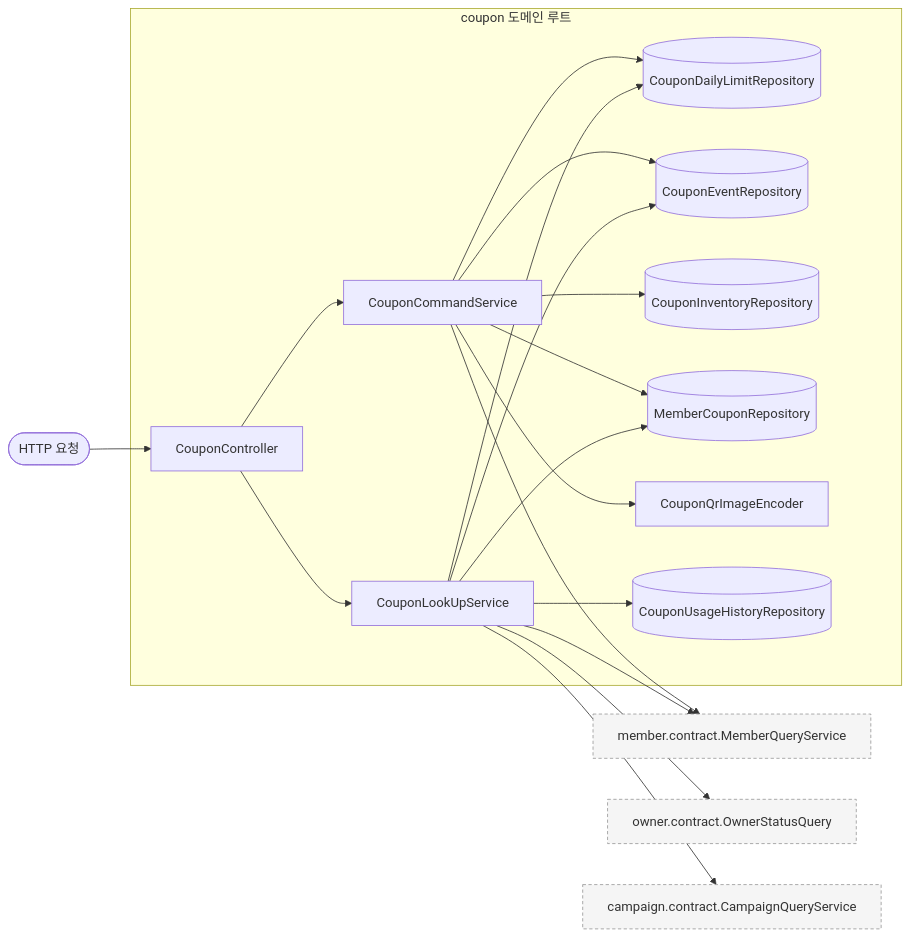
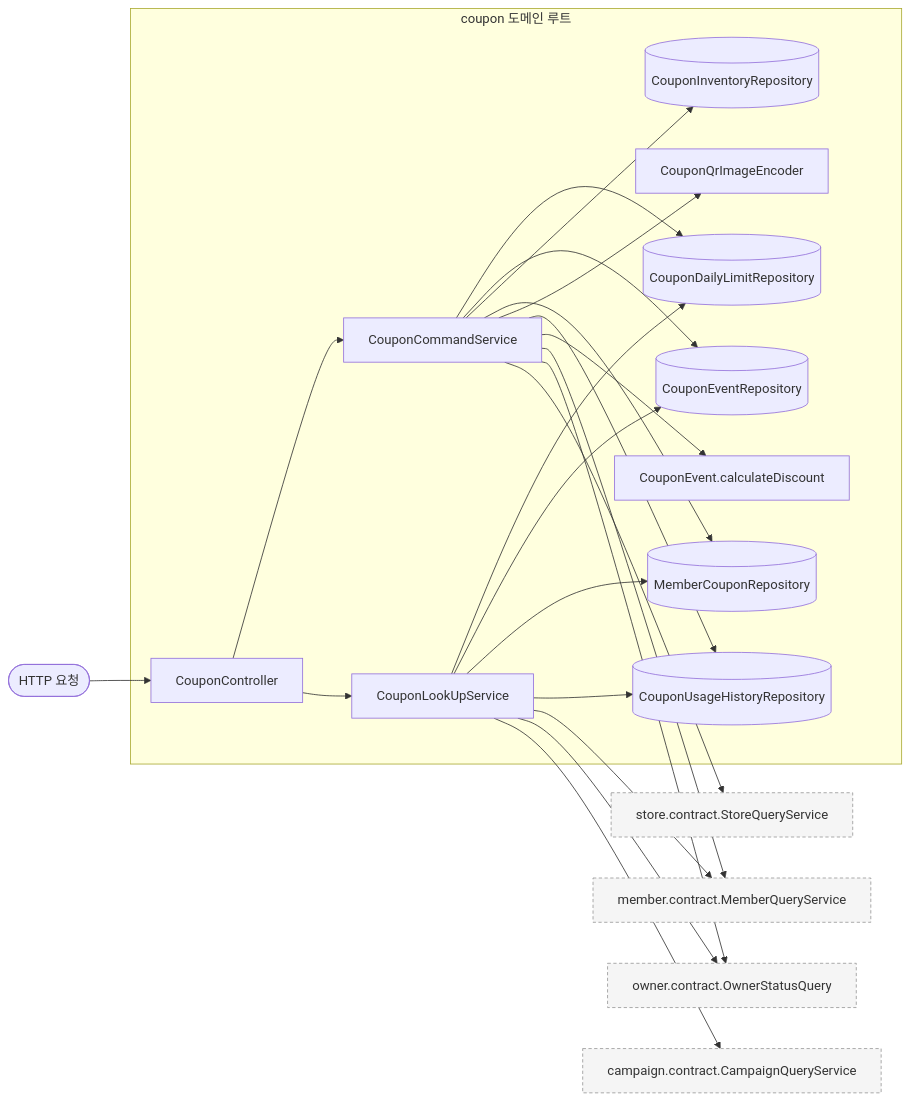
One commit to lunch-catch/lc-backend changed the first of 6 diagrams in docs/design/coupon/coupon_구조와_동작_설계.md. Above: the diagram before and after it, drawn with Mermaid. The commit also changed other lines of this file and 3 other files, not shown here.

````diff
--- a/docs/design/coupon/coupon_구조와_동작_설계.md
+++ b/docs/design/coupon/coupon_구조와_동작_설계.md
@@ -153,23 +155,27 @@
 ```mermaid
 flowchart LR
     HTTP([HTTP 요청]) --> Controller[CouponController]
     subgraph Coupon["coupon 도메인 루트"]
         Controller --> Command[CouponCommandService]
         Controller --> Lookup[CouponLookUpService]
         Command --> Daily[(CouponDailyLimitRepository)]
         Command --> Events[(CouponEventRepository)]
         Command --> Inventory[(CouponInventoryRepository)]
         Command --> Members[(MemberCouponRepository)]
         Command --> Image[CouponQrImageEncoder]
         Lookup --> Daily
         Lookup --> Events
         Lookup --> Members
         Lookup --> History[(CouponUsageHistoryRepository)]
+        Command --> History
+        Command --> Discount[CouponEvent.calculateDiscount]
     end
     Command --> MemberQuery["member.contract.MemberQueryService"]
     Lookup --> MemberQuery
     Lookup --> OwnerQuery["owner.contract.OwnerStatusQuery"]
+    Command --> OwnerQuery
+    Command --> StoreQuery["store.contract.StoreQueryService"]
     Lookup --> CampaignQuery["campaign.contract.CampaignQueryService"]
     classDef outside fill:#f5f5f5,stroke:#999,stroke-dasharray:4 3
-    class MemberQuery,OwnerQuery,CampaignQuery outside
+    class MemberQuery,OwnerQuery,CampaignQuery,StoreQuery outside
 ```
````
